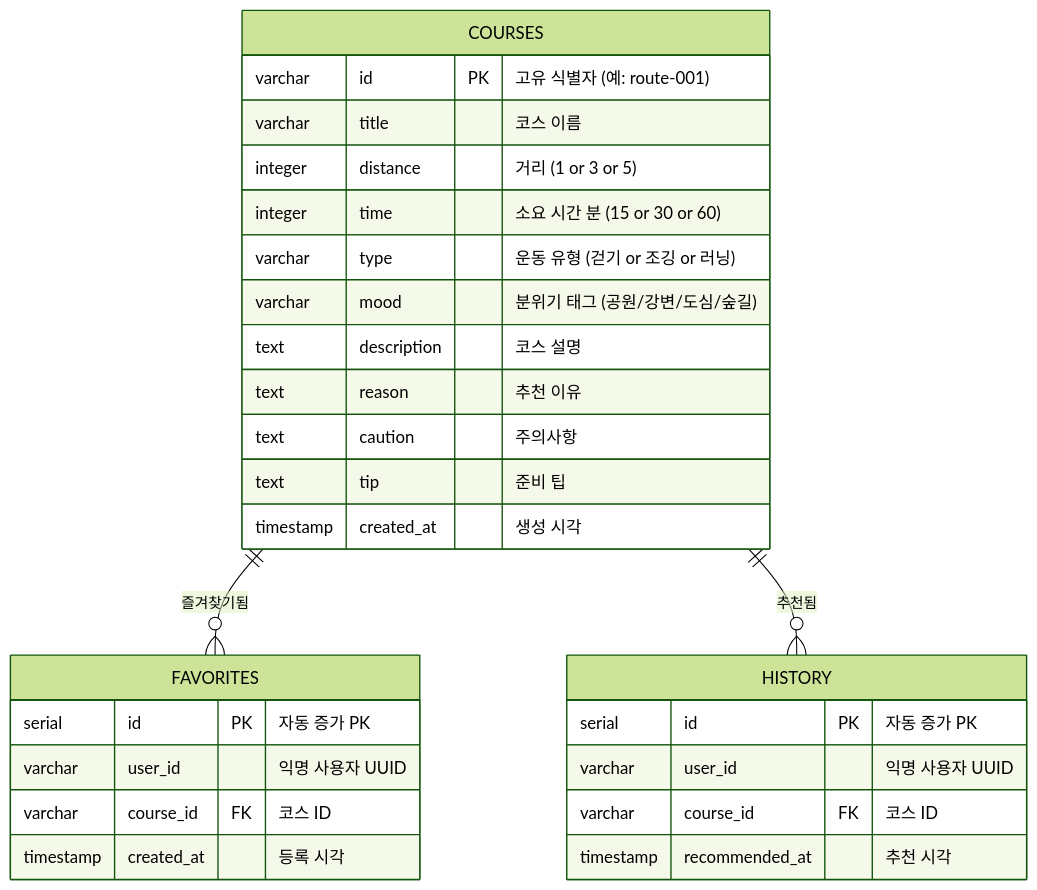
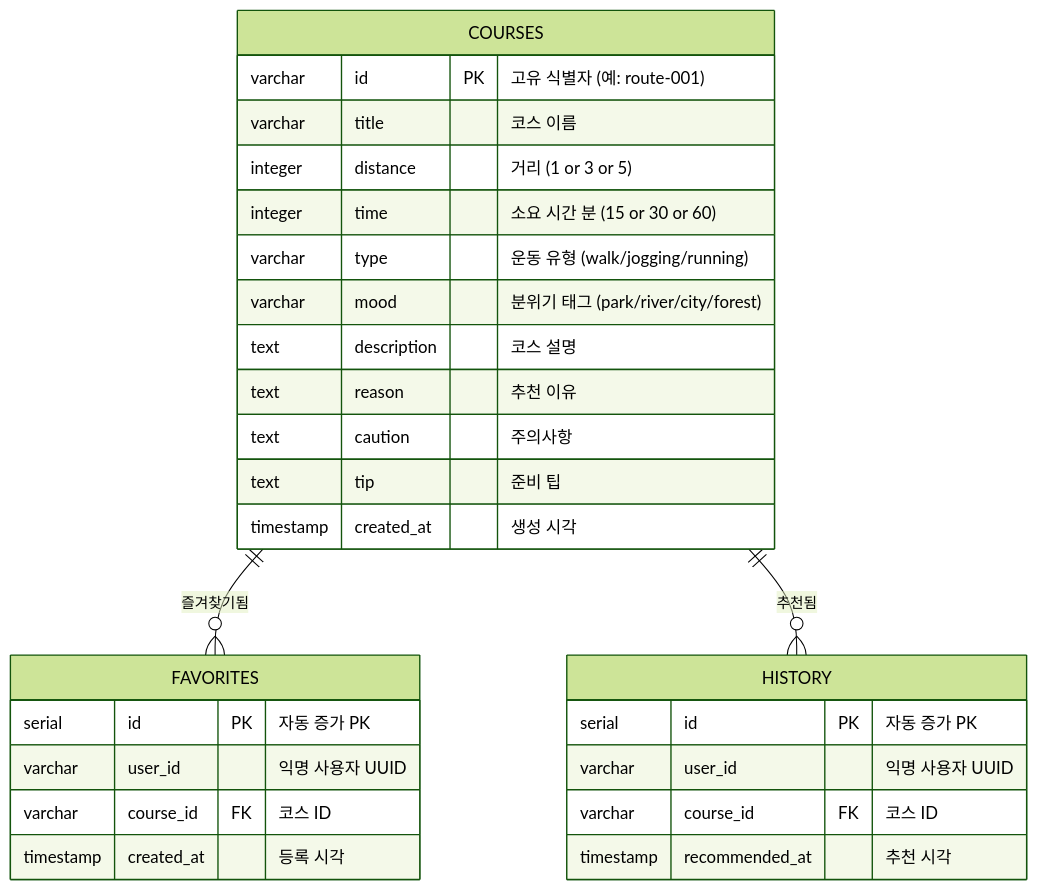
The first of 2 diagrams in docs/06-data-spec.md (yellow-pang/RWR-mini-project), drawn with Mermaid (forest theme) before and after one commit. The commit also changed other lines of this file and 10 other files, not shown here.

````diff
--- a/docs/06-data-spec.md
+++ b/docs/06-data-spec.md
@@ -25,33 +25,33 @@
 ```mermaid
 erDiagram
     COURSES {
         varchar id PK "고유 식별자 (예: route-001)"
         varchar title "코스 이름"
         integer distance "거리 (1 or 3 or 5)"
         integer time "소요 시간 분 (15 or 30 or 60)"
-        varchar type "운동 유형 (걷기 or 조깅 or 러닝)"
-        varchar mood "분위기 태그 (공원/강변/도심/숲길)"
+        varchar type "운동 유형 (walk/jogging/running)"
+        varchar mood "분위기 태그 (park/river/city/forest)"
         text description "코스 설명"
         text reason "추천 이유"
         text caution "주의사항"
         text tip "준비 팁"
         timestamp created_at "생성 시각"
     }
 
     FAVORITES {
         serial id PK "자동 증가 PK"
         varchar user_id "익명 사용자 UUID"
         varchar course_id FK "코스 ID"
         timestamp created_at "등록 시각"
     }
 
     HISTORY {
         serial id PK "자동 증가 PK"
         varchar user_id "익명 사용자 UUID"
         varchar course_id FK "코스 ID"
         timestamp recommended_at "추천 시각"
     }
 
     COURSES ||--o{ FAVORITES : "즐겨찾기됨"
     COURSES ||--o{ HISTORY : "추천됨"
 ```
````
